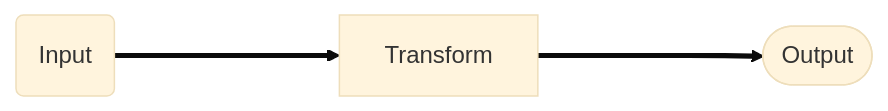
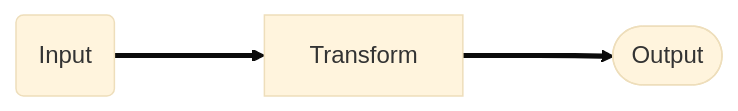
Before and after one commit to sailpoint-oss/developer.sailpoint.com: the first of 7 diagrams in docs/extensibility/transforms/index.md, drawn with Mermaid (base theme). The commit also changed other lines of this file and 1 other file, not shown here.

Commit message:
fix for labels on mermaid flowcharts

````diff
--- a/docs/extensibility/transforms/index.md
+++ b/docs/extensibility/transforms/index.md
@@ -24,4 +24,4 @@
 ```mermaid
 flowchart LR
-  id1(Input) ====> id2[Transform] ====> id3([Output])
+  id1(Input) ===> id2[Transform] ===> id3([Output])
 ```
````
